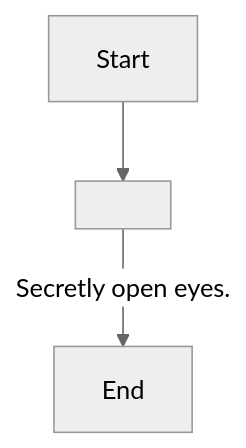
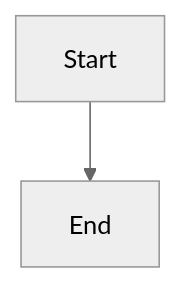
The diagram in En/YoniFirstMeet.md (SoftHu/tos_avg), drawn with Mermaid (neutral theme) before and after one commit. The commit also changed 737 other files, not shown here.

````diff
--- a/En/YoniFirstMeet.md
+++ b/En/YoniFirstMeet.md
@@ -1,6 +1,5 @@
 ```mermaid
 graph
-Start -->1741645222700316[ ]
-1741645222700316 -->|Secretly open eyes.|1741645225888029[End]
+Start -->1741645225888029[End]
 
- ```
+```
````
